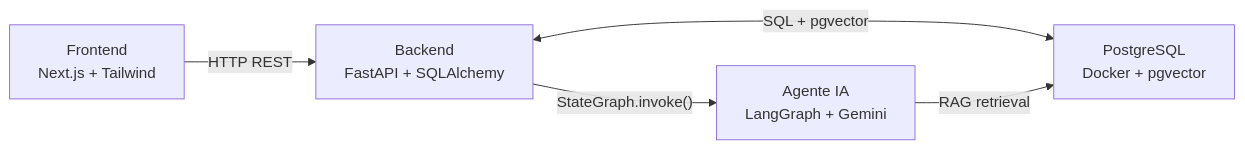
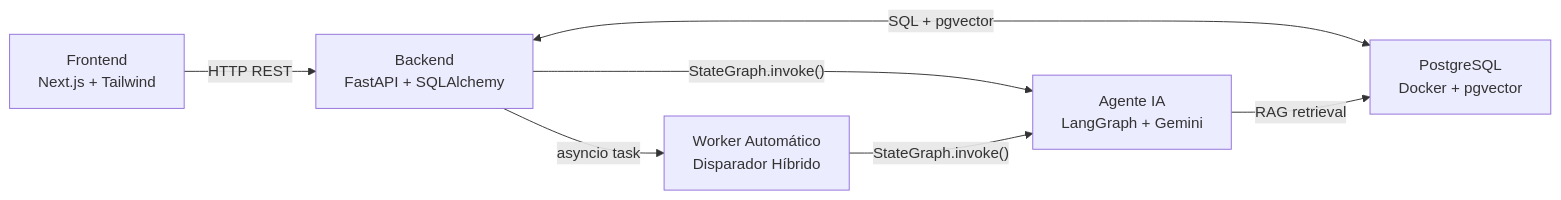
Before and after one commit to JamesKristofUbiarco/Concat-notes: the first of 9 diagrams in docs/agent-architecture.md, drawn with Mermaid. The commit also changed other lines of this file and 27 other files, not shown here.

````diff
--- a/docs/agent-architecture.md
+++ b/docs/agent-architecture.md
@@ -7,7 +7,9 @@
 ```mermaid
 graph LR
     A["Frontend<br/>Next.js + Tailwind"] -->|"HTTP REST"| B["Backend<br/>FastAPI + SQLAlchemy"]
     B -->|"StateGraph.invoke()"| C["Agente IA<br/>LangGraph + Gemini"]
     B <-->|"SQL + pgvector"| D["PostgreSQL<br/>Docker + pgvector"]
     C -->|"RAG retrieval"| D
+    B -->|"asyncio task"| W["Worker Automático<br/>Disparador Híbrido"]
+    W -->|"StateGraph.invoke()"| C
 ```
````
